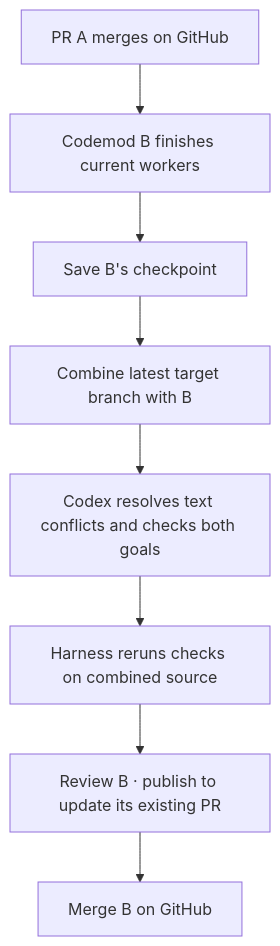
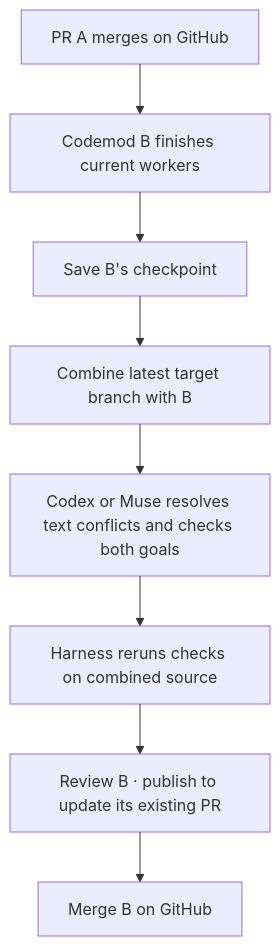
The third of 4 diagrams in docs/git-workflow.md (minimumeffort-dev/sprowt.harness), drawn with Mermaid before and after one commit. The commit also changed 14 other files, not shown here.

Commit message:
Balance ready tasks across Codex and Muse

````diff
--- a/docs/git-workflow.md
+++ b/docs/git-workflow.md
@@ -57,10 +57,10 @@
 ```mermaid
 flowchart TB
     merged["PR A merges on GitHub"] --> wait["Codemod B finishes current workers"]
     wait --> checkpoint["Save B's checkpoint"]
     checkpoint --> combine["Combine latest target branch with B"]
-    combine --> worker["Codex resolves text conflicts and checks both goals"]
+    combine --> worker["Codex or Muse resolves text conflicts and checks both goals"]
     worker --> checks["Harness reruns checks on combined source"]
     checks --> ready["Review B · publish to update its existing PR"]
     ready --> merge["Merge B on GitHub"]
 ```
````
